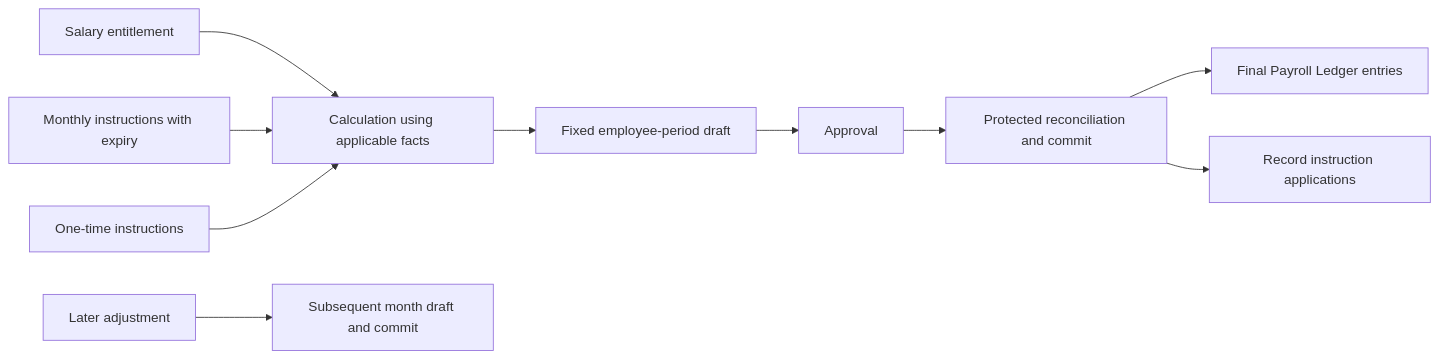
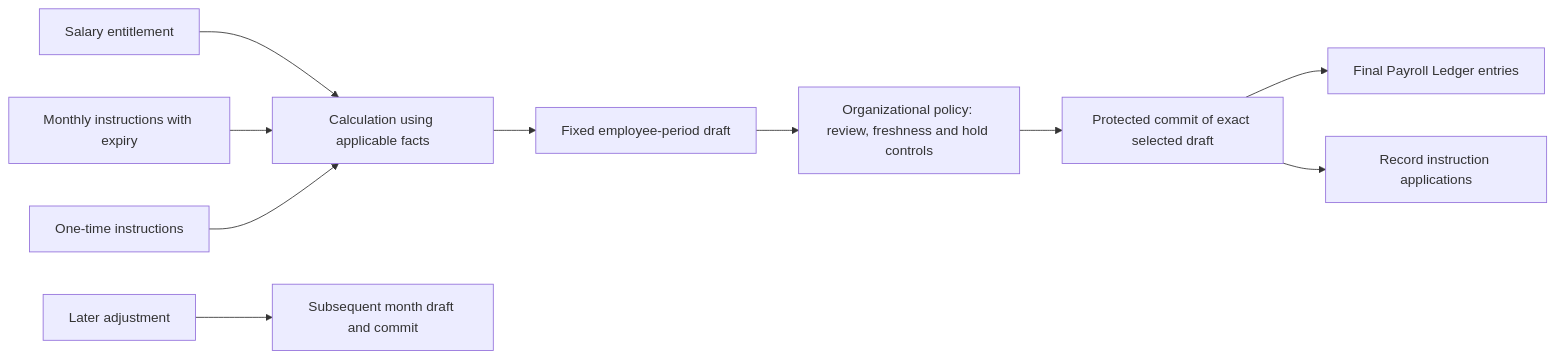
The first of 2 diagrams in docs/core-concepts.md (agentlabs-poc/agentlabs-payroll-ledger-lab), drawn with Mermaid before and after one commit. The commit also changed other lines of this file and 23 other files, not shown here.

Commit message:
docs: separate payroll core contracts from organizational policy

````diff
--- a/docs/core-concepts.md
+++ b/docs/core-concepts.md
@@ -45,12 +53,12 @@
 ```mermaid
 flowchart LR
     S[Salary entitlement] --> C[Calculation using applicable facts]
     M[Monthly instructions with expiry] --> C
     O[One-time instructions] --> C
     C --> D[Fixed employee-period draft]
-    D --> A[Approval]
-    A --> R[Protected reconciliation and commit]
+    D --> A[Organizational policy: review, freshness and hold controls]
+    A --> R[Protected commit of exact selected draft]
     R --> P[Final Payroll Ledger entries]
     R --> U[Record instruction applications]
     X[Later adjustment] --> N[Subsequent month draft and commit]
 ```
````
